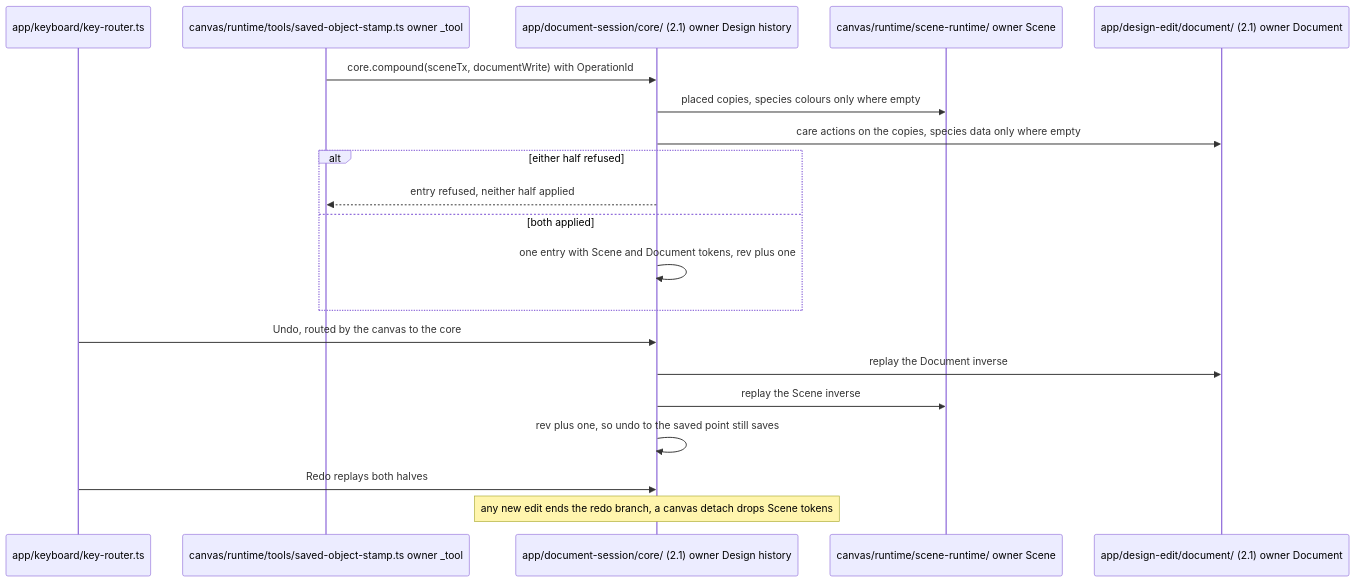
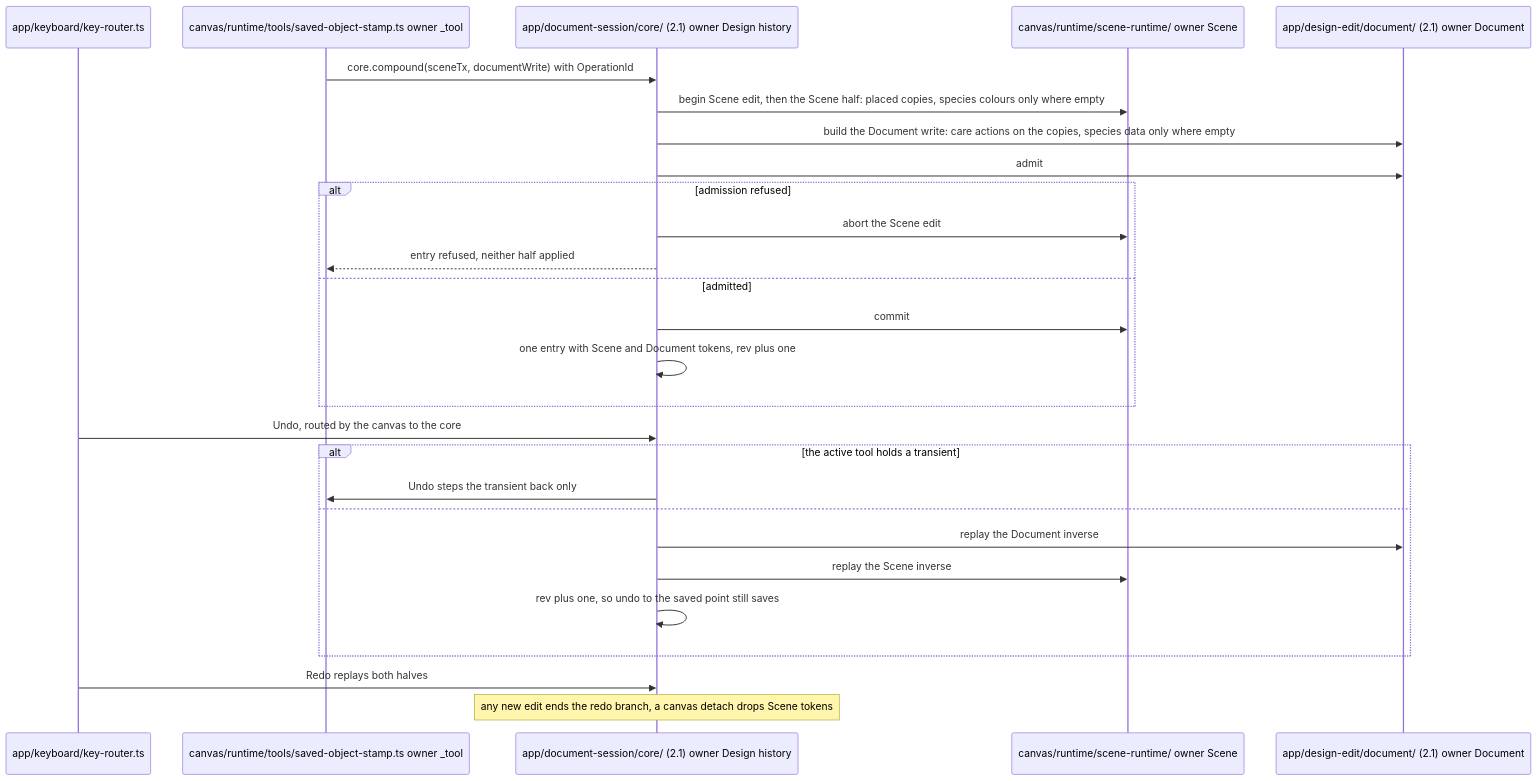
Before and after one commit to opencanopi/canopi: the fourth of 6 diagrams in docs/architecture/flows-document.md, drawn with Mermaid. The commit also changed other lines of this file and 33 other files, not shown here.

Commit message:
docs: apply the architecture review's findings to ADRs, plan, contracts, ledger and model

````diff
--- a/docs/architecture/flows-document.md
+++ b/docs/architecture/flows-document.md
@@ -130,22 +137,29 @@
 ```mermaid
 sequenceDiagram
   participant Key as app/keyboard/key-router.ts
   participant Tool as canvas/runtime/tools/saved-object-stamp.ts owner _tool
   participant Core as app/document-session/core/ (2.1) owner Design history
   participant Scene as canvas/runtime/scene-runtime/ owner Scene
   participant Doc as app/design-edit/document/ (2.1) owner Document
   Tool->>Core: core.compound(sceneTx, documentWrite) with OperationId
-  Core->>Scene: placed copies, species colours only where empty
-  Core->>Doc: care actions on the copies, species data only where empty
-  alt either half refused
+  Core->>Scene: begin Scene edit, then the Scene half: placed copies, species colours only where empty
+  Core->>Doc: build the Document write: care actions on the copies, species data only where empty
+  Core->>Doc: admit
+  alt admission refused
+    Core->>Scene: abort the Scene edit
     Core-->>Tool: entry refused, neither half applied
-  else both applied
+  else admitted
+    Core->>Scene: commit
     Core->>Core: one entry with Scene and Document tokens, rev plus one
   end
   Key->>Core: Undo, routed by the canvas to the core
-  Core->>Doc: replay the Document inverse
-  Core->>Scene: replay the Scene inverse
-  Core->>Core: rev plus one, so undo to the saved point still saves
+  alt the active tool holds a transient
+    Core->>Tool: Undo steps the transient back only
+  else
+    Core->>Doc: replay the Document inverse
+    Core->>Scene: replay the Scene inverse
+    Core->>Core: rev plus one, so undo to the saved point still saves
+  end
   Key->>Core: Redo replays both halves
   Note over Core: any new edit ends the redo branch, a canvas detach drops Scene tokens
 ```
````
